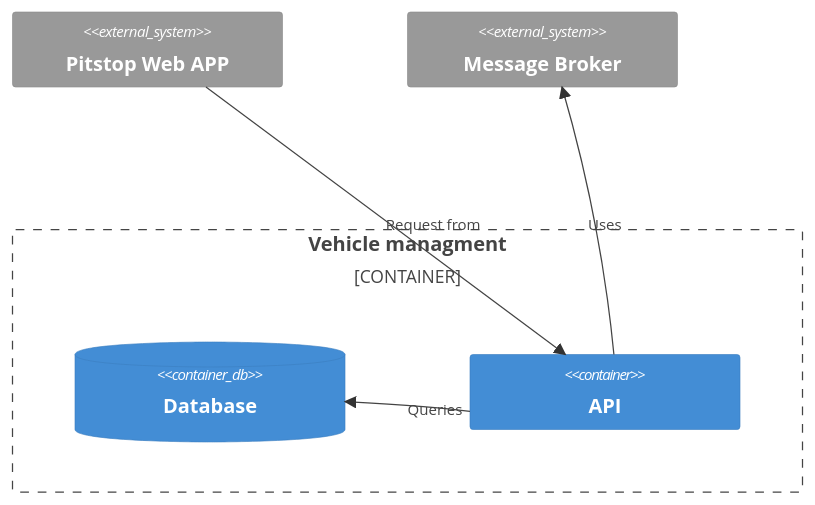
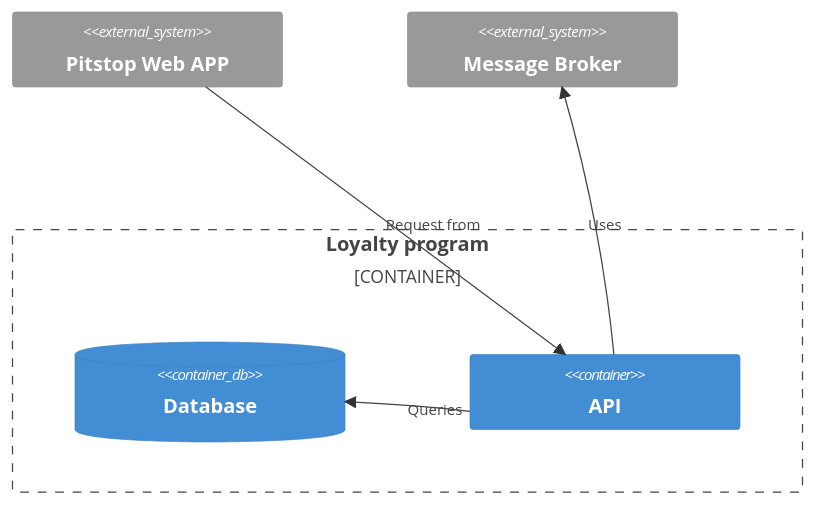
Before and after one commit to Kafune/devops-pitstop-loyaliteitsprogramma: the second of 2 diagrams in README.md, drawn with Mermaid. The commit also changed other lines of this file, not shown here.

Commit message:
Loyalty program diagram toegevoegd en andere weggehaald

````diff
--- a/README.md
+++ b/README.md
@@ -198,15 +198,12 @@
 ```mermaid
 C4Container
-    Container_Boundary(c1, "Vehicle managment") {
+    Container_Boundary(c1, "Loyalty program") {
         ContainerDb(DatabaseA, Database, "")
         Container(SystemA, API, "")
     }
-
     System_Ext(SystemB, Pitstop Web APP, "")
     System_Ext(SystemC, Message Broker, "")
-
     Rel_D(SystemB, SystemA, "Request from")
     Rel_R(SystemA, DatabaseA, "Queries")
     Rel_D(SystemA, SystemC, "Uses")
-
 ```
````
